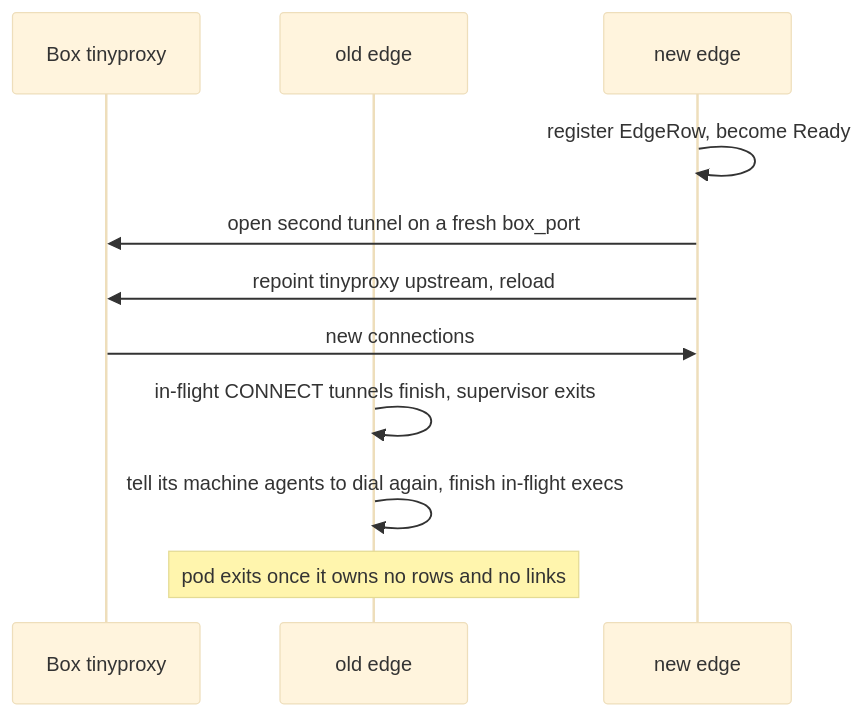
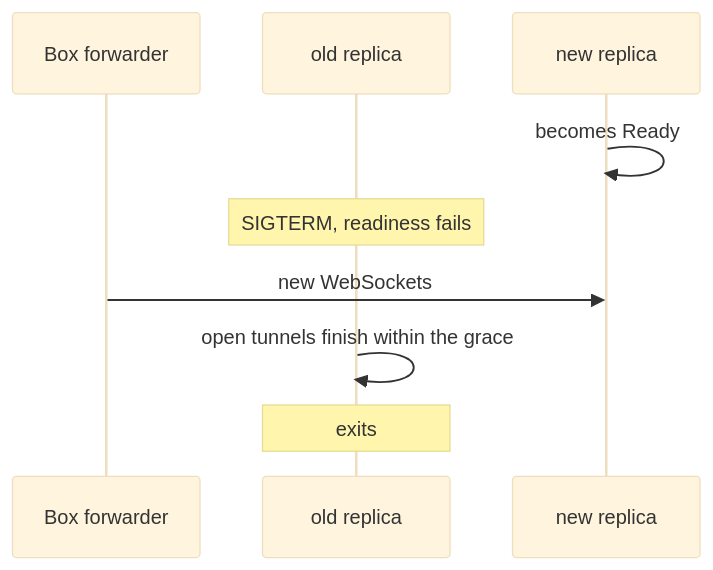
Before and after one commit to IniZio/moor: the fourth of 4 diagrams in docs/specs/deploy-invisible-boxes.md, drawn with Mermaid (base theme). The commit also changed other lines of this file, not shown here.

Commit message:
docs(specs): serve every Box from one shared, stateless Proxy

````diff
--- a/docs/specs/deploy-invisible-boxes.md
+++ b/docs/specs/deploy-invisible-boxes.md
@@ -226,13 +122,11 @@
 ```mermaid
 sequenceDiagram
-  participant B as Box tinyproxy
-  participant O as old edge
-  participant N as new edge
-  N->>N: register EdgeRow, become Ready
-  N->>B: open second tunnel on a fresh box_port
-  N->>B: repoint tinyproxy upstream, reload
-  B->>N: new connections
-  O->>O: in-flight CONNECT tunnels finish, supervisor exits
-  O->>O: tell its machine agents to dial again, finish in-flight execs
-  Note over O: pod exits once it owns no rows and no links
+  participant B as Box forwarder
+  participant O as old replica
+  participant N as new replica
+  N->>N: becomes Ready
+  Note over O: SIGTERM, readiness fails
+  B->>N: new WebSockets
+  O->>O: open tunnels finish within the grace
+  Note over O: exits
 ```
````
